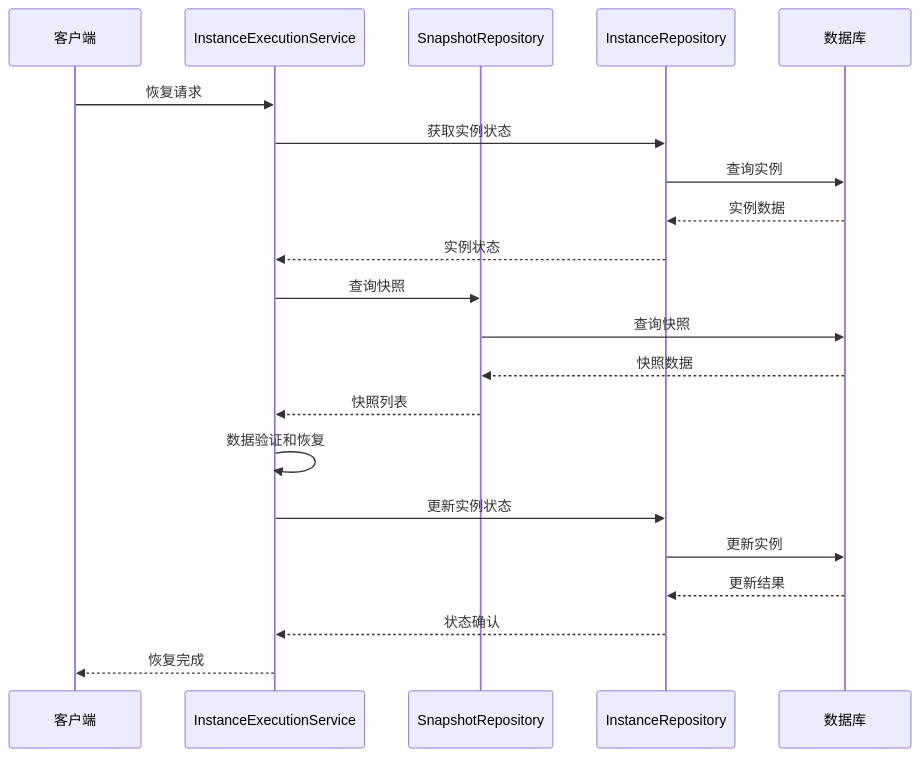
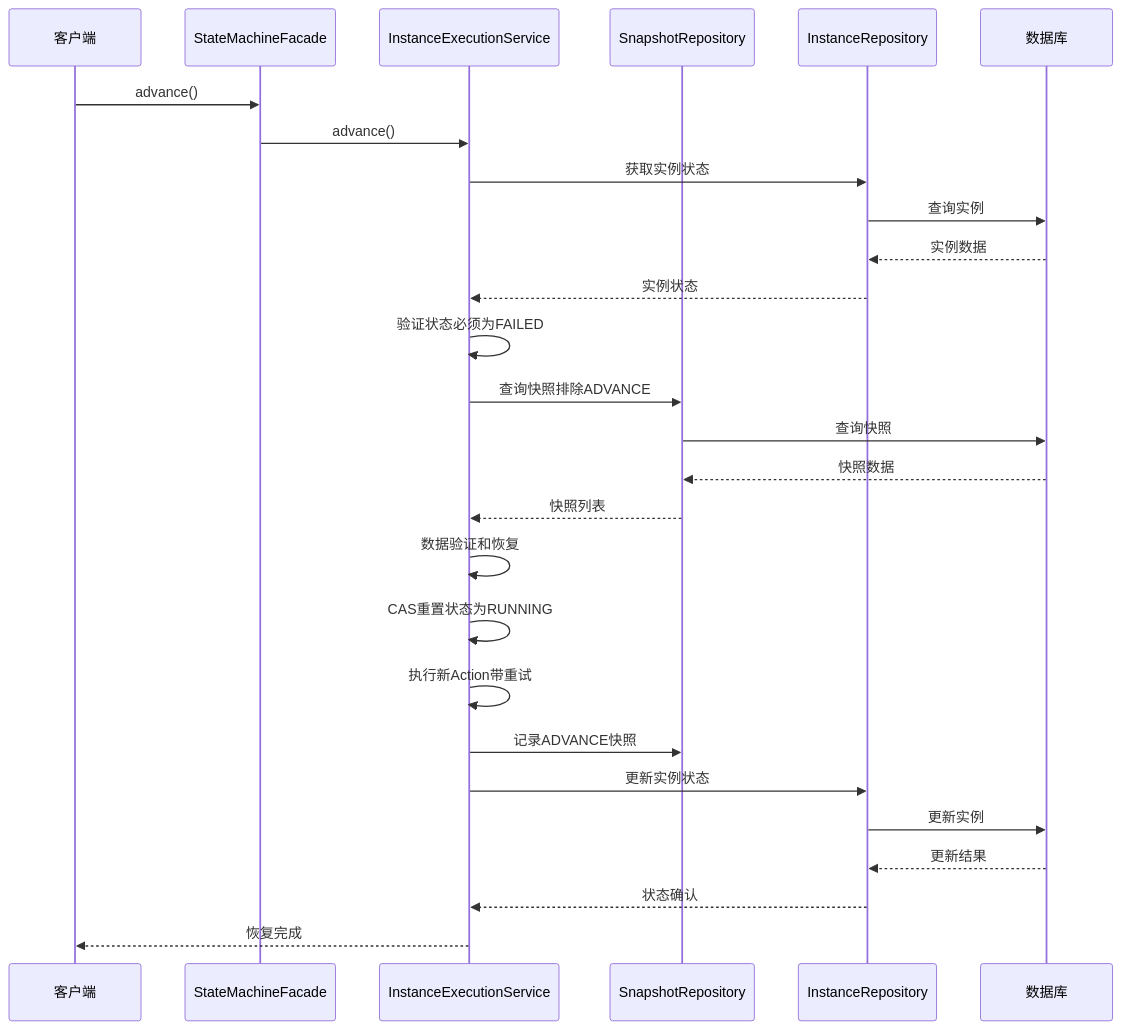
One commit to xiaoche80s-tech/state-machine-parent changed diagram 16 of 18 in .qoder/repowiki/zh/content/快照与恢复/实例恢复机制.md. Above: the diagram before and after it, drawn with Mermaid. The commit also changed other lines of this file and 7 other files, not shown here.

````diff
--- a/.qoder/repowiki/zh/content/快照与恢复/实例恢复机制.md
+++ b/.qoder/repowiki/zh/content/快照与恢复/实例恢复机制.md
@@ -444,23 +497,29 @@
 ```mermaid
 sequenceDiagram
 participant Client as 客户端
+participant Facade as StateMachineFacade
 participant Service as InstanceExecutionService
 participant SnapRepo as SnapshotRepository
 participant InstRepo as InstanceRepository
 participant DB as 数据库
-Client->>Service : 恢复请求
+Client->>Facade : advance()
+Facade->>Service : advance()
 Service->>InstRepo : 获取实例状态
 InstRepo->>DB : 查询实例
 DB-->>InstRepo : 实例数据
 InstRepo-->>Service : 实例状态
-Service->>SnapRepo : 查询快照
+Service->>Service : 验证状态必须为FAILED
+Service->>SnapRepo : 查询快照排除ADVANCE
 SnapRepo->>DB : 查询快照
 DB-->>SnapRepo : 快照数据
 SnapRepo-->>Service : 快照列表
 Service->>Service : 数据验证和恢复
+Service->>Service : CAS重置状态为RUNNING
+Service->>Service : 执行新Action带重试
+Service->>SnapRepo : 记录ADVANCE快照
 Service->>InstRepo : 更新实例状态
 InstRepo->>DB : 更新实例
 DB-->>InstRepo : 更新结果
 InstRepo-->>Service : 状态确认
 Service-->>Client : 恢复完成
 ```
````
